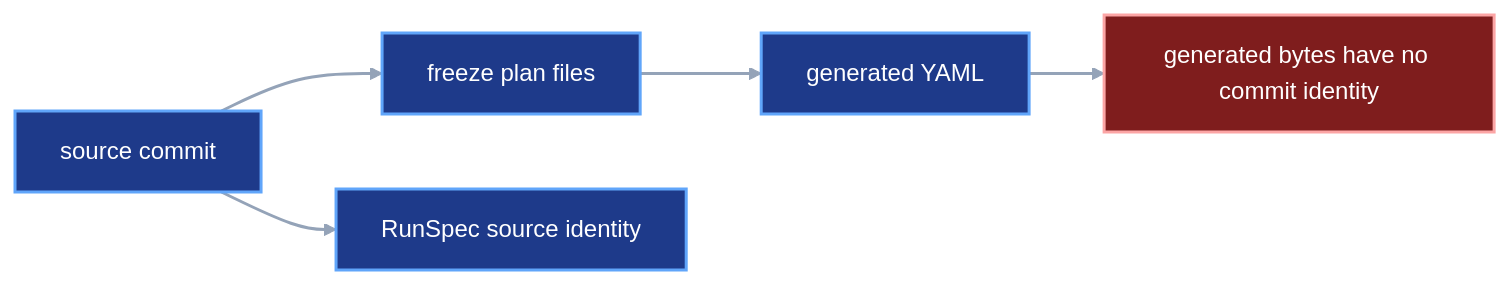
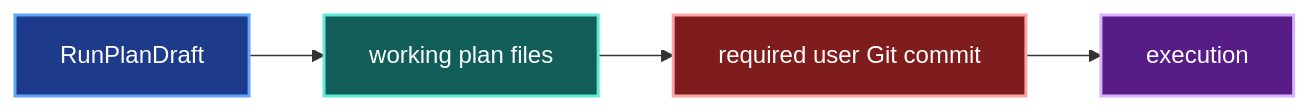
The first of 3 diagrams in docs/development/frozen-plan-git-identity.md (pvd232/viper), drawn with Mermaid before and after one commit. The commit also changed other lines of this file and 19 other files, not shown here.

````diff
--- a/docs/development/frozen-plan-git-identity.md
+++ b/docs/development/frozen-plan-git-identity.md
@@ -83,12 +50,14 @@
 ```mermaid
 flowchart LR
-    Source["source commit"] --> Freeze["freeze plan files"]
-    Freeze --> Files["generated YAML"]
-    Source --> Run["RunSpec source identity"]
-    Files --> Gap["generated bytes have no commit identity"]
-    class Source,Freeze,Files,Run current
-    class Gap gap
-    classDef current fill:#1e3a8a,stroke:#60a5fa,color:#ffffff,stroke-width:2px
+    Draft["RunPlanDraft"] --> Files["working plan files"]
+    Files --> Head["required user Git commit"]
+    Head --> Run["execution"]
+    class Draft contract
+    class Files implementation
+    class Head gap
+    class Run output
+    classDef contract fill:#1e3a8a,stroke:#60a5fa,color:#ffffff,stroke-width:2px
+    classDef implementation fill:#115e59,stroke:#5eead4,color:#ffffff,stroke-width:2px
     classDef gap fill:#7f1d1d,stroke:#fca5a5,color:#ffffff,stroke-width:2px
-    linkStyle default stroke:#94a3b8,stroke-width:2px
+    classDef output fill:#581c87,stroke:#d8b4fe,color:#ffffff,stroke-width:2px
 ```
````
